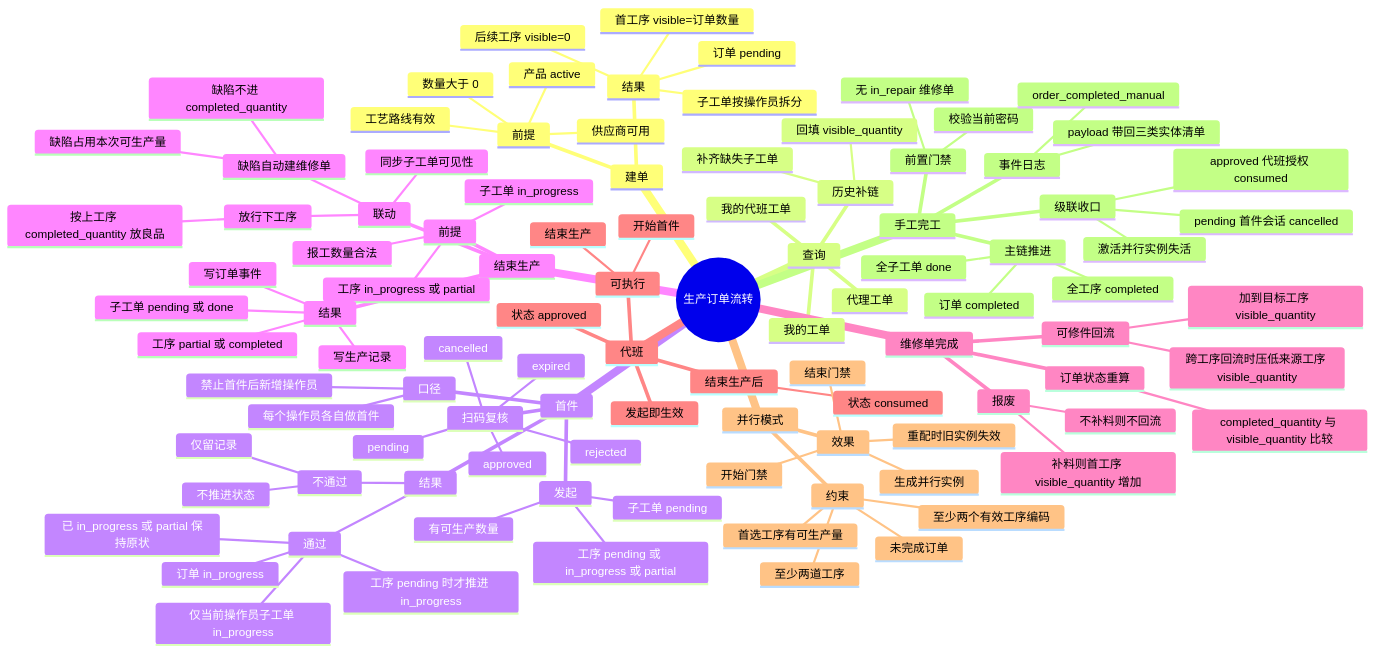
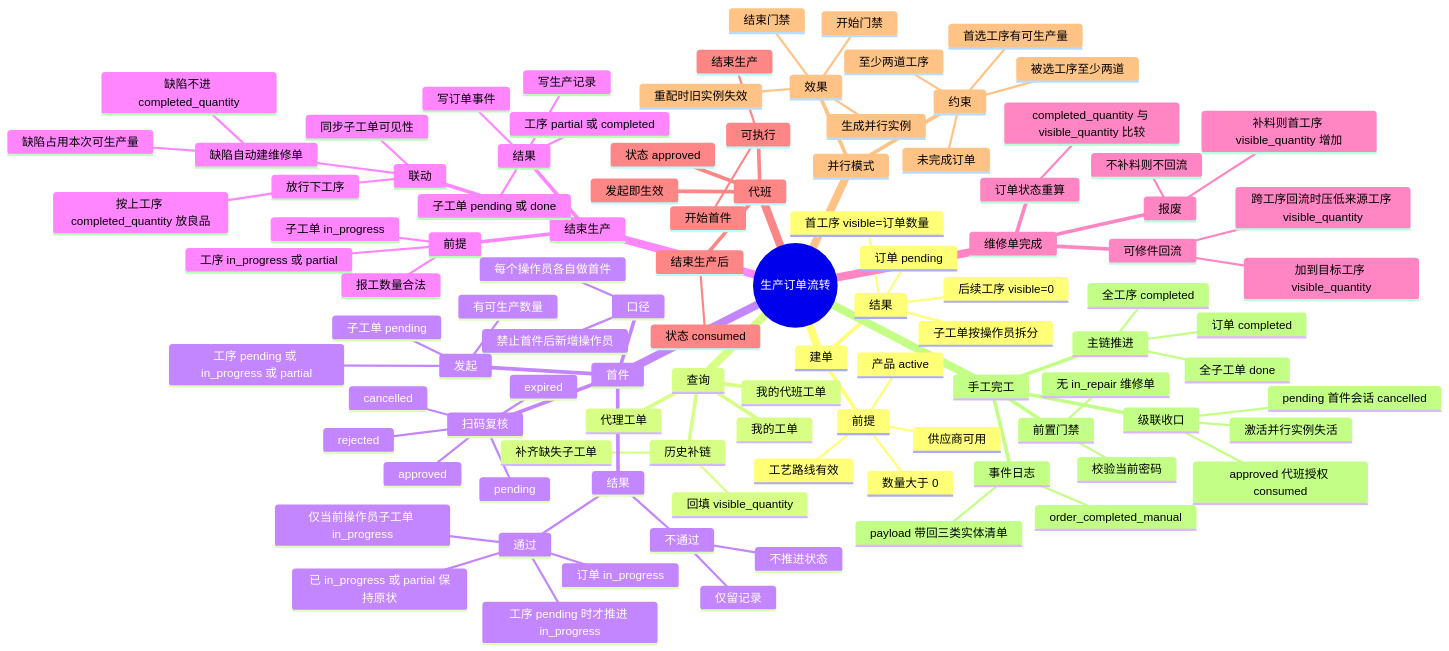
One commit to donkilove/ZYKJ_MES changed the first of 3 diagrams in docs/生产订单流转/03-生产订单流转思维导图.md. Above: the diagram before and after it, drawn with Mermaid. The commit also changed 12 other files, not shown here.

```diff
--- a/docs/生产订单流转/03-生产订单流转思维导图.md
+++ b/docs/生产订单流转/03-生产订单流转思维导图.md
@@ -84,7 +84,7 @@
       约束
         未完成订单
         至少两道工序
-        至少两个有效工序编码
+        被选工序至少两道
         首选工序有可生产量
       效果
         生成并行实例
```
